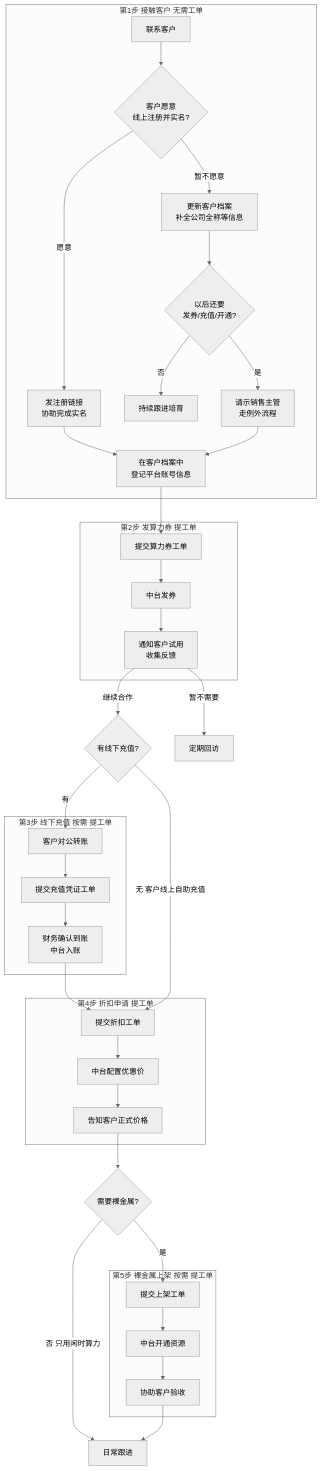
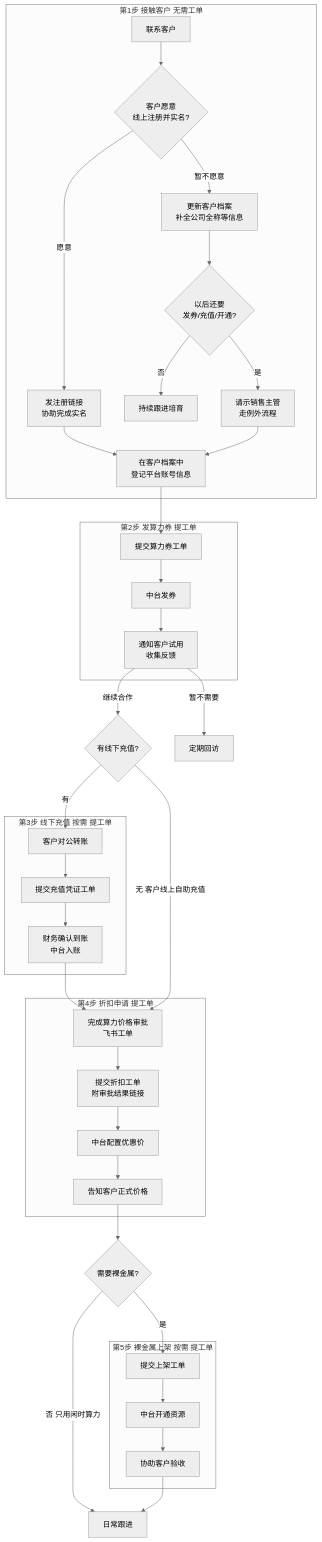
The first of 3 diagrams in apps/web/content/design/spot-sales-operations-sop.md (metacode0602/opencomfy-hub), drawn with Mermaid (neutral theme) before and after one commit. The commit also changed other lines of this file and 29 other files, not shown here.

````diff
--- a/apps/web/content/design/spot-sales-operations-sop.md
+++ b/apps/web/content/design/spot-sales-operations-sop.md
@@ -21,52 +21,53 @@
 ```mermaid
 flowchart TB
   subgraph step1 [第1步 接触客户 无需工单]
     S1[联系客户]
     S1a{客户愿意<br/>线上注册并实名?}
     S1b[发注册链接<br/>协助完成实名]
     S1c[更新客户档案<br/>补全公司全称等信息]
     S1 --> S1a
     S1a -->|愿意| S1b --> S1d[在客户档案中<br/>登记平台账号信息]
     S1a -->|暂不愿意| S1c
     S1c --> S1e{以后还要<br/>发券/充值/开通?}
     S1e -->|否| END0[持续跟进培育]
     S1e -->|是| S1f[请示销售主管<br/>走例外流程]
     S1f --> S1d
   end
 
   subgraph step2 [第2步 发算力券 提工单]
     S2[提交算力券工单]
     S2b[中台发券]
     S2c[通知客户试用<br/>收集反馈]
   end
 
   subgraph step3 [第3步 线下充值 按需 提工单]
     S3[客户对公转账]
     S3b[提交充值凭证工单]
     S3c[财务确认到账<br/>中台入账]
   end
 
   subgraph step4 [第4步 折扣申请 提工单]
-    S4[提交折扣工单]
+    S4a[完成算力价格审批<br/>飞书工单]
+    S4[提交折扣工单<br/>附审批结果链接]
     S4b[中台配置优惠价]
     S4c[告知客户正式价格]
   end
 
   subgraph step5 [第5步 裸金属上架 按需 提工单]
     S5[提交上架工单]
     S5b[中台开通资源]
     S5c[协助客户验收]
   end
 
   S1d --> S2
   S2 --> S2b --> S2c
   S2c -->|继续合作| S3need{有线下充值?}
   S2c -->|暂不需要| END1[定期回访]
-  S3need -->|有| S3 --> S3b --> S3c --> S4
-  S3need -->|无 客户线上自助充值| S4
-  S4 --> S4b --> S4c
+  S3need -->|有| S3 --> S3b --> S3c --> S4a
+  S3need -->|无 客户线上自助充值| S4a
+  S4a --> S4 --> S4b --> S4c
   S4c --> S5need{需要裸金属?}
   S5need -->|是| S5 --> S5b --> S5c
   S5need -->|否 只用闲时算力| END2[日常跟进]
   S5c --> END2
 ```
````
